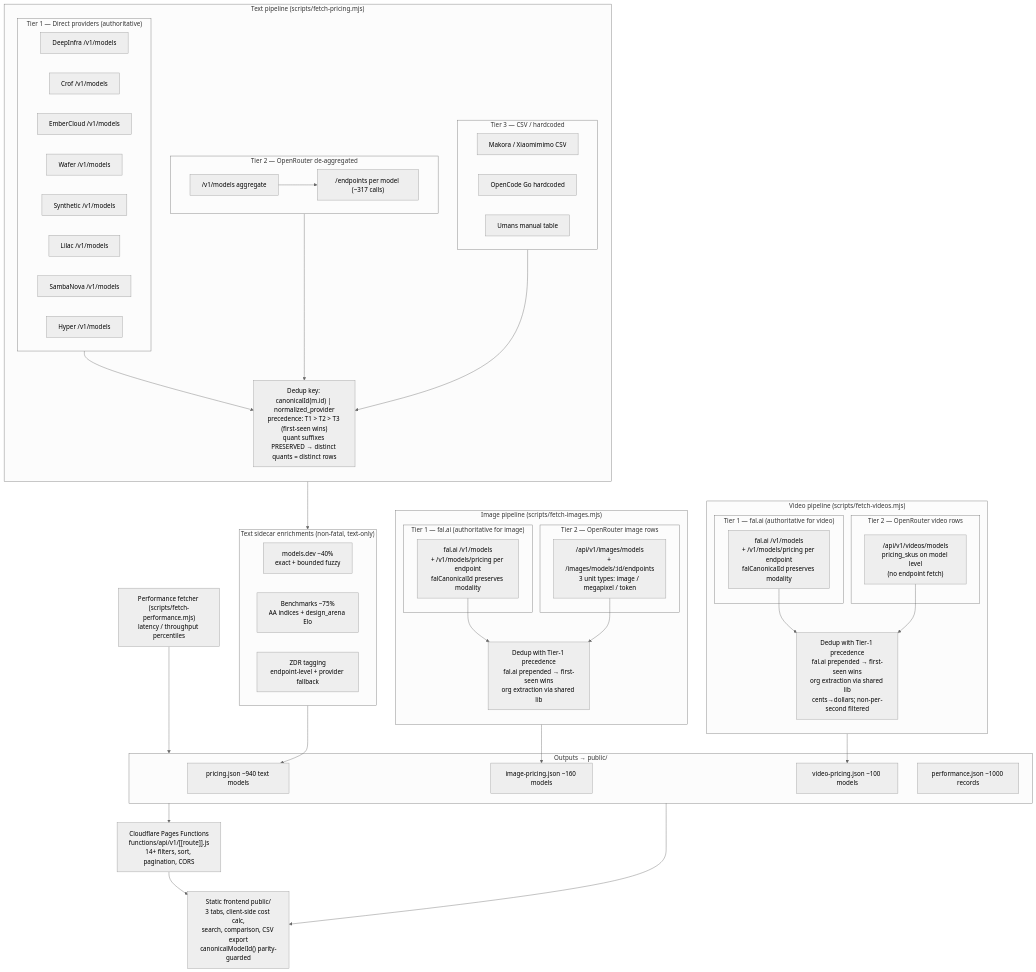
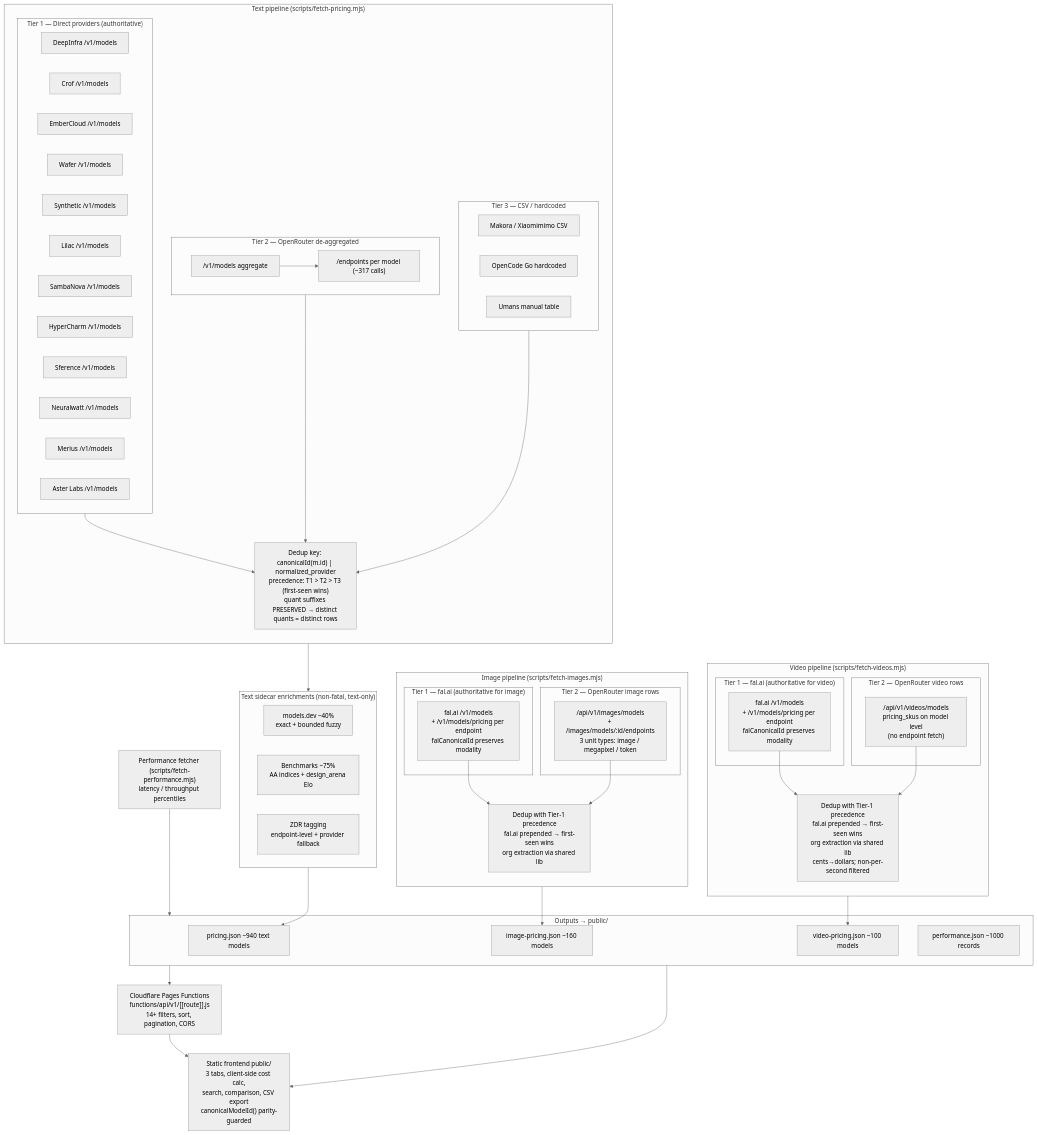
The diagram in ARCHITECTURE.md (WyrdWerk/tokenwatch), drawn with Mermaid (neutral theme) before and after one commit. The commit also changed 100 other files, not shown here.

```diff
--- a/ARCHITECTURE.md
+++ b/ARCHITECTURE.md
@@ -18,16 +18,20 @@
     %% ── TEXT PIPELINE ──────────────────────────────────────
     subgraph TEXT["Text pipeline (scripts/fetch-pricing.mjs)"]
         direction TB
-        subgraph T1T["Tier 1 — Direct providers (authoritative)"]
-            T1A["DeepInfra /v1/models"]
-            T1B["Crof /v1/models"]
-            T1C["EmberCloud /v1/models"]
-            T1D["Wafer /v1/models"]
-            T1E["Synthetic /v1/models"]
-            T1F["Lilac /v1/models"]
-            T1G["SambaNova /v1/models"]
-            T1H["Hyper /v1/models"]
-        end
+    subgraph T1T["Tier 1 — Direct providers (authoritative)"]
+      T1A["DeepInfra /v1/models"]
+      T1B["Crof /v1/models"]
+      T1C["EmberCloud /v1/models"]
+      T1D["Wafer /v1/models"]
+      T1E["Synthetic /v1/models"]
+      T1F["Lilac /v1/models"]
+      T1G["SambaNova /v1/models"]
+      T1H["HyperCharm /v1/models"]
+      T1I["Sference /v1/models"]
+      T1J["Neuralwatt /v1/models"]
+      T1K["Merius /v1/models"]
+      T1L["Aster Labs /v1/models"]
+    end
         subgraph T2T["Tier 2 — OpenRouter de-aggregated"]
             T2A["/v1/models aggregate"]
             T2B["/endpoints per model (~317 calls)"]
```
